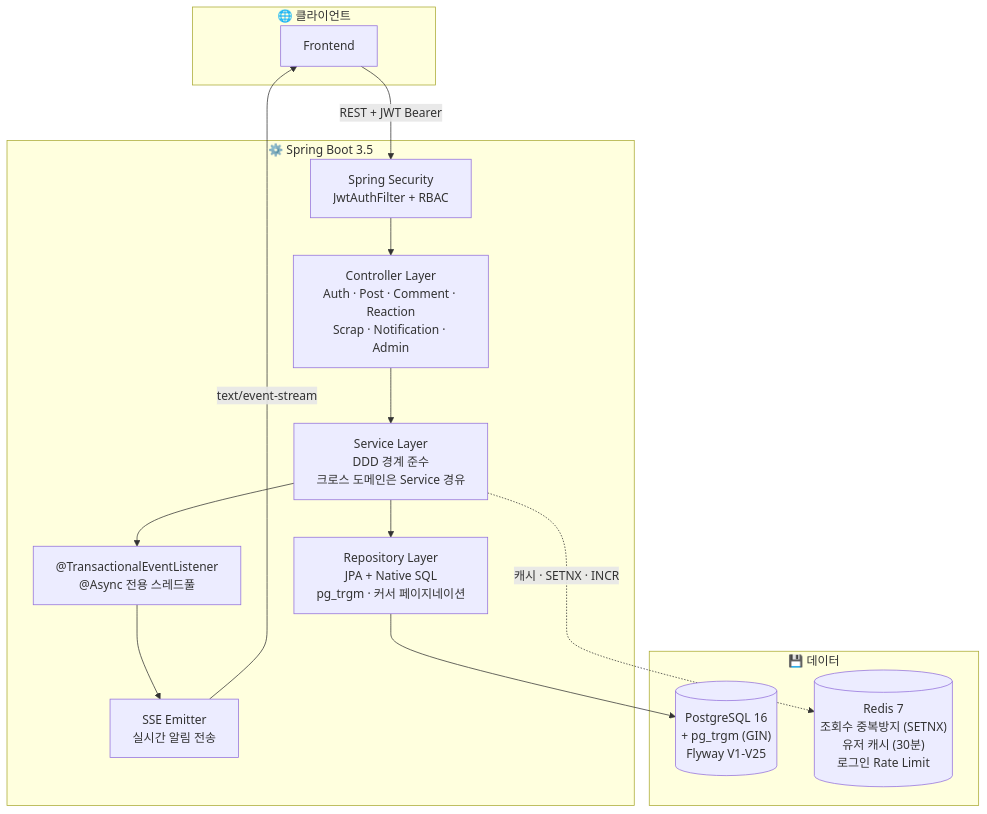
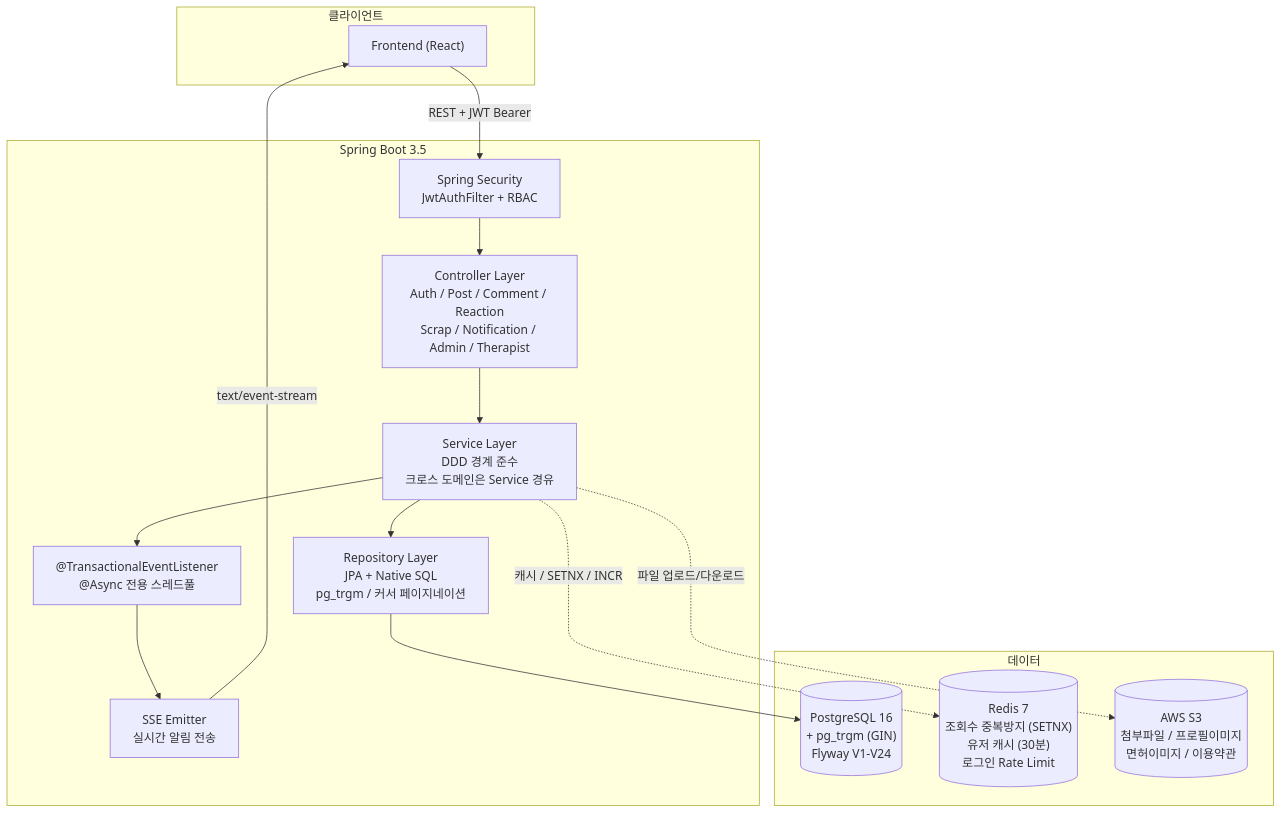
The first of 3 diagrams in README.md (welikeWatermelon/therapist_community_BE), drawn with Mermaid before and after one commit. The commit also changed other lines of this file, not shown here.

````diff
--- a/README.md
+++ b/README.md
@@ -160,30 +61,32 @@
 ```mermaid
 graph TB
-    subgraph Client["🌐 클라이언트"]
-        FE["Frontend"]
+    subgraph Client["클라이언트"]
+        FE["Frontend (React)"]
     end
 
-    subgraph Server["⚙️ Spring Boot 3.5"]
+    subgraph Server["Spring Boot 3.5"]
         SEC["Spring Security<br/>JwtAuthFilter + RBAC"]
-        CTRL["Controller Layer<br/>Auth · Post · Comment · Reaction<br/>Scrap · Notification · Admin"]
+        CTRL["Controller Layer<br/>Auth / Post / Comment / Reaction<br/>Scrap / Notification / Admin / Therapist"]
         SVC["Service Layer<br/>DDD 경계 준수<br/>크로스 도메인은 Service 경유"]
-        REPO["Repository Layer<br/>JPA + Native SQL<br/>pg_trgm · 커서 페이지네이션"]
+        REPO["Repository Layer<br/>JPA + Native SQL<br/>pg_trgm / 커서 페이지네이션"]
         SSE["SSE Emitter<br/>실시간 알림 전송"]
         EVT["@TransactionalEventListener<br/>@Async 전용 스레드풀"]
     end
 
-    subgraph Data["💾 데이터"]
-        DB[("PostgreSQL 16<br/>+ pg_trgm (GIN)<br/>Flyway V1-V25")]
+    subgraph Data["데이터"]
+        DB[("PostgreSQL 16<br/>+ pg_trgm (GIN)<br/>Flyway V1-V24")]
         REDIS[("Redis 7<br/>조회수 중복방지 (SETNX)<br/>유저 캐시 (30분)<br/>로그인 Rate Limit")]
+        S3[("AWS S3<br/>첨부파일 / 프로필이미지<br/>면허이미지 / 이용약관")]
     end
 
     FE -->|"REST + JWT Bearer"| SEC
     SEC --> CTRL
     CTRL --> SVC
     SVC --> REPO
     REPO --> DB
     SVC --> EVT
     EVT --> SSE
     SSE -->|"text/event-stream"| FE
-    SVC -.->|"캐시 · SETNX · INCR"| REDIS
+    SVC -.->|"캐시 / SETNX / INCR"| REDIS
+    SVC -.->|"파일 업로드/다운로드"| S3
 ```
````
